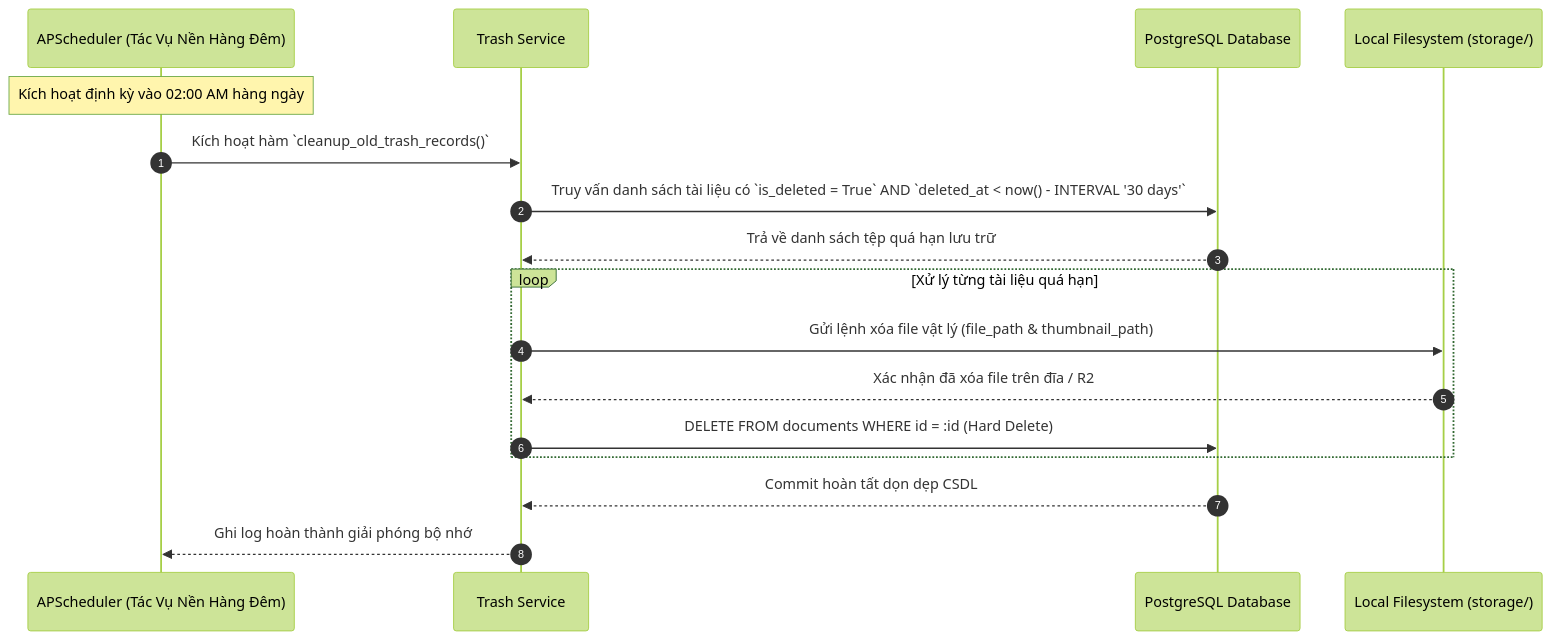
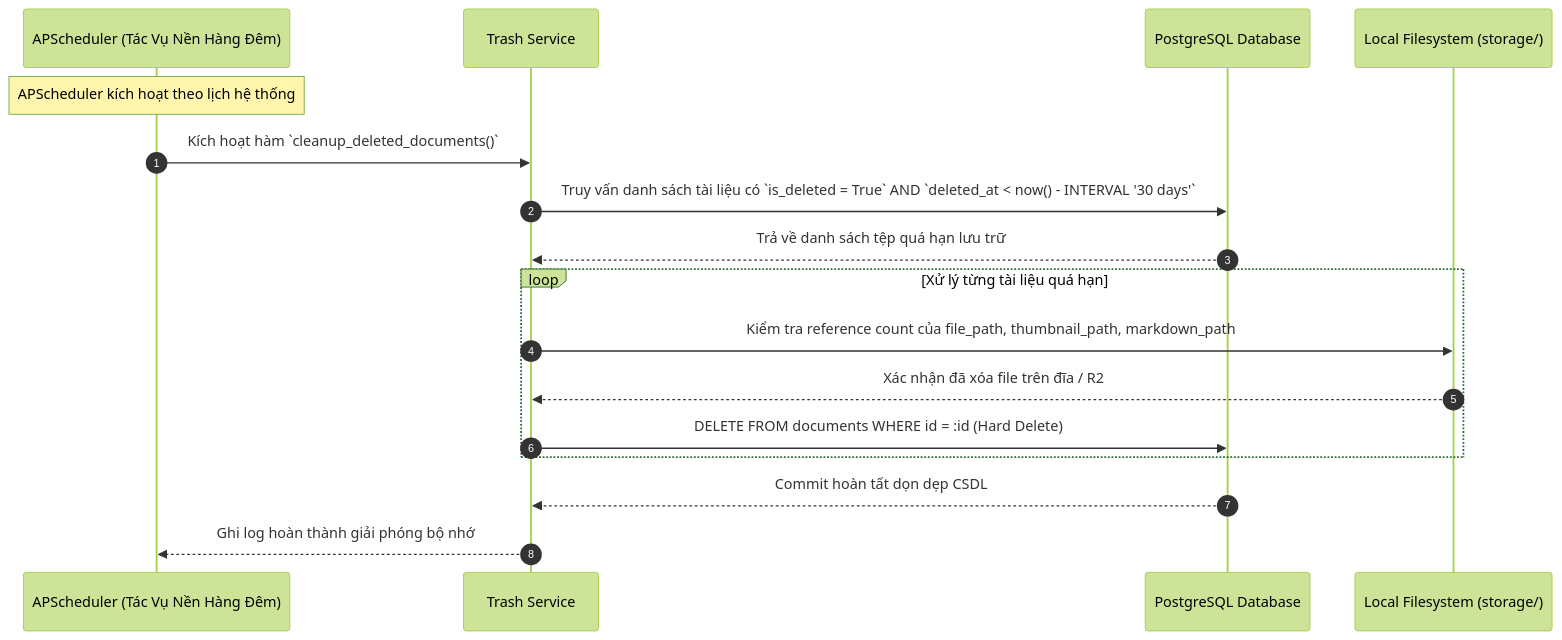
One commit to Nguyen06-CSE/Foundation-Project changed the second of 2 diagrams in docs/requirements/use-cases/UC05_TRASH_LIFECYCLE_AND_PURGE.md. Above: the diagram before and after it, drawn with Mermaid (forest theme). The commit also changed other lines of this file and 6 other files, not shown here.

````diff
--- a/docs/requirements/use-cases/UC05_TRASH_LIFECYCLE_AND_PURGE.md
+++ b/docs/requirements/use-cases/UC05_TRASH_LIFECYCLE_AND_PURGE.md
@@ -56,22 +56,22 @@
 ```mermaid
 sequenceDiagram
     autonumber
     participant Cron as APScheduler (Tác Vụ Nền Hàng Đêm)
     participant Svc as Trash Service
     participant DB as PostgreSQL Database
     participant Storage as Local Filesystem (storage/)
 
-    Note over Cron: Kích hoạt định kỳ vào 02:00 AM hàng ngày
-    Cron->>Svc: Kích hoạt hàm `cleanup_old_trash_records()`
+    Note over Cron: APScheduler kích hoạt theo lịch hệ thống
+    Cron->>Svc: Kích hoạt hàm `cleanup_deleted_documents()`
     Svc->>DB: Truy vấn danh sách tài liệu có `is_deleted = True` AND `deleted_at < now() - INTERVAL '30 days'`
     DB-->>Svc: Trả về danh sách tệp quá hạn lưu trữ
     
     loop Xử lý từng tài liệu quá hạn
-        Svc->>Storage: Gửi lệnh xóa file vật lý (file_path & thumbnail_path)
+        Svc->>Storage: Kiểm tra reference count của file_path, thumbnail_path, markdown_path
         Storage-->>Svc: Xác nhận đã xóa file trên đĩa / R2
         Svc->>DB: DELETE FROM documents WHERE id = :id (Hard Delete)
     end
     
     DB-->>Svc: Commit hoàn tất dọn dẹp CSDL
     Svc-->>Cron: Ghi log hoàn thành giải phóng bộ nhớ
 ```
````
